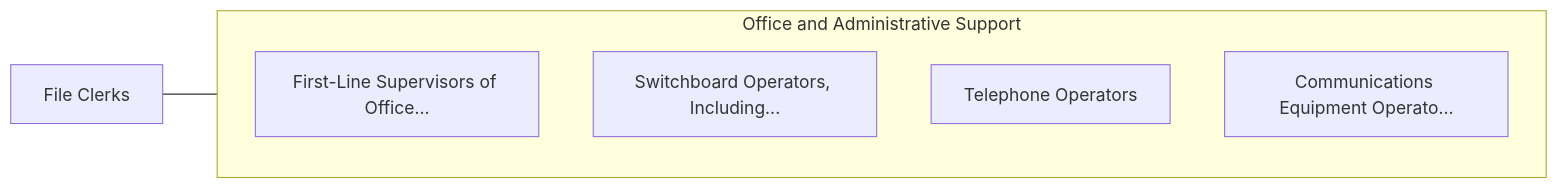
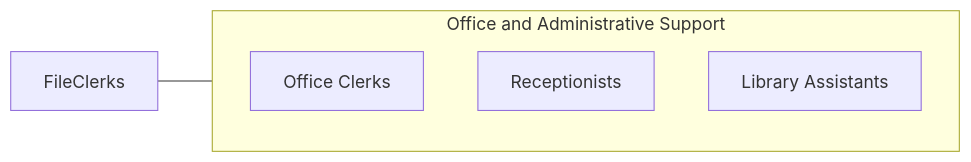
Before and after one commit to kziemski/business.org.ai: the third of 3 diagrams in occupations/Administrative/FileClerks.mdx, drawn with Mermaid. The commit also changed other lines of this file and 938 other files, not shown here.

````diff
--- a/occupations/Administrative/FileClerks.mdx
+++ b/occupations/Administrative/FileClerks.mdx
@@ -105,13 +100,10 @@
 ```mermaid
 graph LR
-    Current["File Clerks"]
-
+    Current["FileClerks"]
     subgraph SameCategory["Office and Administrative Support"]
-        FirstLineSupervisors["First-Line Supervisors of Office..."]
-        SwitchboardOperators["Switchboard Operators, Including..."]
-        TelephoneOperators["Telephone Operators"]
-        CommunicationsEquipm["Communications Equipment Operato..."]
+        ROfficeClerks["Office Clerks"]
+        RReceptionists["Receptionists"]
+        RLibraryAssistants["Library Assistants"]
     end
-
     Current --- SameCategory
 ```
````
